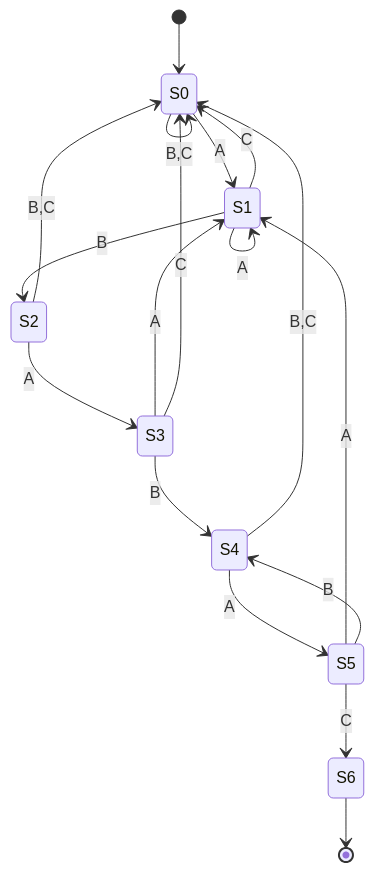
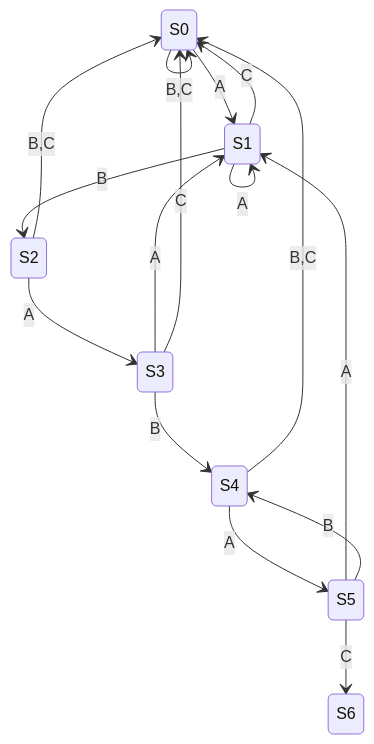
The second of 2 diagrams in _posts/2021-04-20-KMP.md (miaozhuojun/miaozhuojun.github.io), drawn with Mermaid before and after one commit. The commit also changed other lines of this file, not shown here.

```diff
--- a/_posts/2021-04-20-KMP.md
+++ b/_posts/2021-04-20-KMP.md
@@ -80,20 +65,18 @@
 <div class="mermaid">
 stateDiagram
-  [*] --> S0
   S0 --> S0 : B,C
   S0 --> S1 : A
   S1 --> S1 : A
   S1 --> S0 : C
   S1 --> S2 : B
   S2 --> S0 : B,C
   S2 --> S3 : A
   S3 --> S1 : A
   S3 --> S0 : C
   S3 --> S4 : B
   S4 --> S0 : B,C
   S4 --> S5 : A
   S5 --> S1 : A
   S5 --> S4 : B
   S5 --> S6 : C
-  S6 --> [*]
 </div>
```
